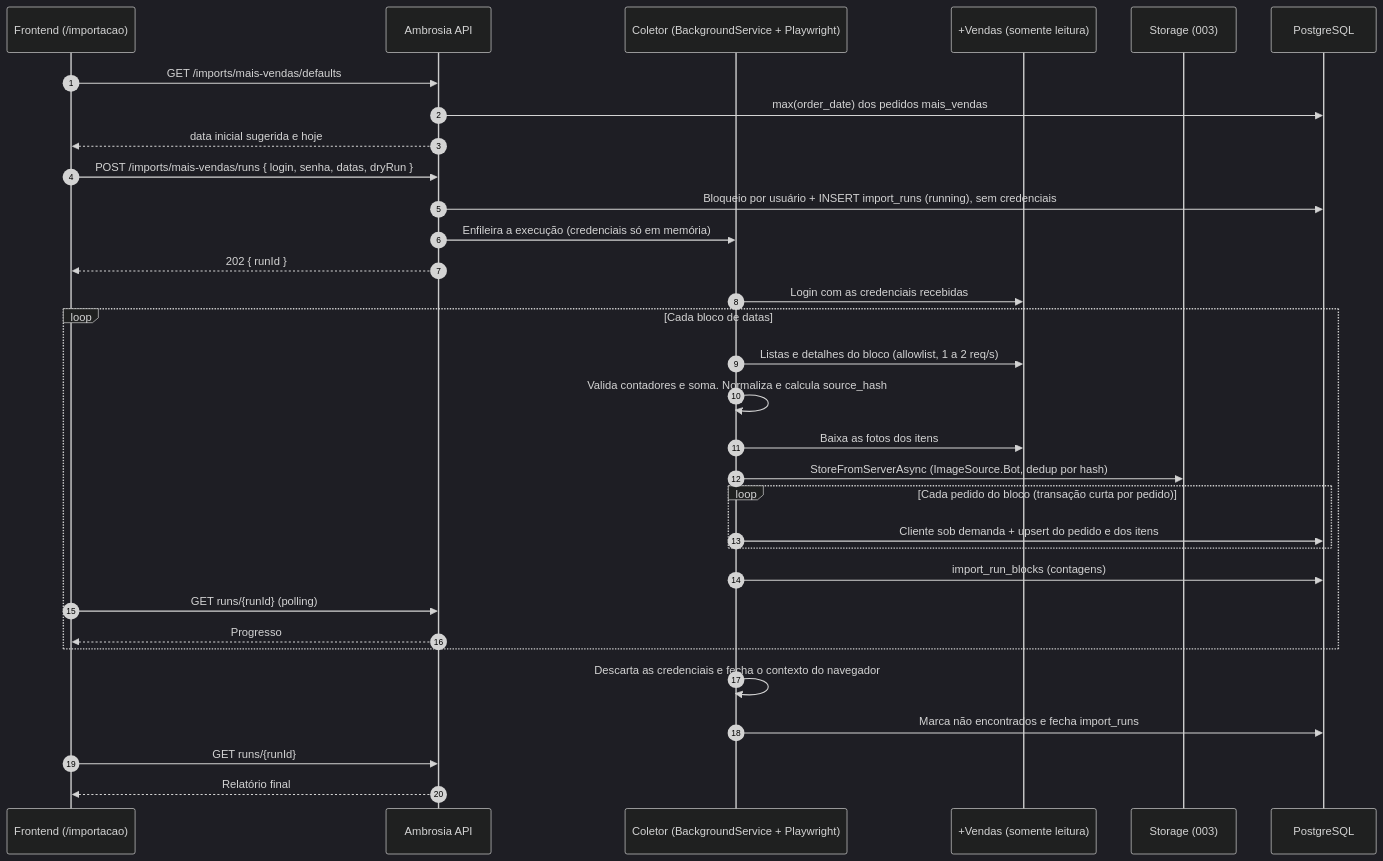
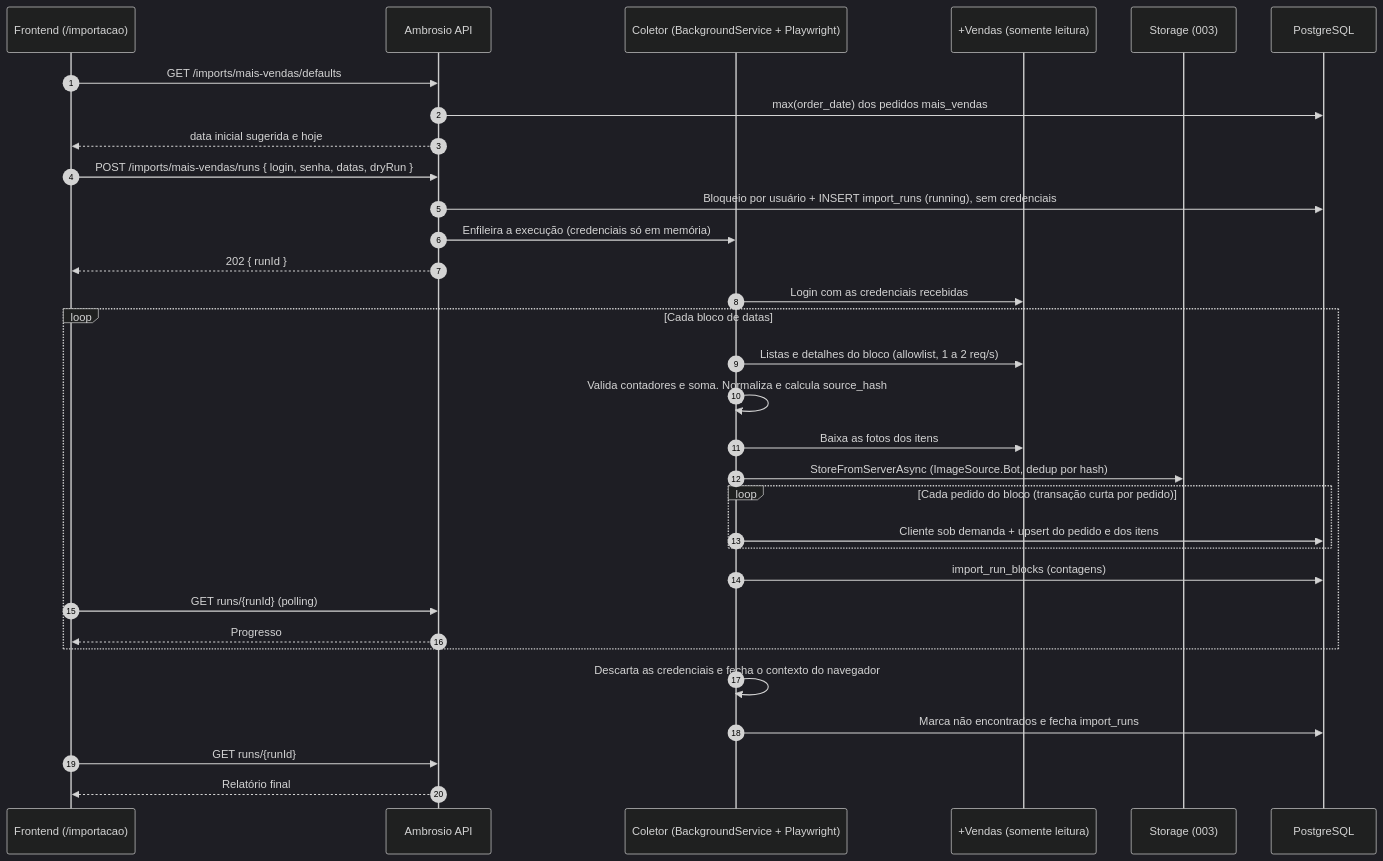
Before and after one commit to landim32/ambrosia: the diagram in docs/historias/004-bot-migracao-mais-vendas.md, drawn with Mermaid (dark theme). The commit also changed other lines of this file and 508 other files, not shown here.

First line of the commit message:
chore: renomeia o projeto de Ambrosia para Ambrosio

````diff
--- a/docs/historias/004-bot-migracao-mais-vendas.md
+++ b/docs/historias/004-bot-migracao-mais-vendas.md
@@ -233,35 +233,35 @@
 ```mermaid
 sequenceDiagram
     autonumber
     participant F as Frontend (/importacao)
-    participant A as Ambrosia API
+    participant A as Ambrosio API
     participant W as Coletor (BackgroundService + Playwright)
     participant MV as +Vendas (somente leitura)
     participant S as Storage (003)
     participant DB as PostgreSQL
 
     F->>A: GET /imports/mais-vendas/defaults
     A->>DB: max(order_date) dos pedidos mais_vendas
     A-->>F: data inicial sugerida e hoje
     F->>A: POST /imports/mais-vendas/runs { login, senha, datas, dryRun }
     A->>DB: Bloqueio por usuário + INSERT import_runs (running), sem credenciais
     A->>W: Enfileira a execução (credenciais só em memória)
     A-->>F: 202 { runId }
     W->>MV: Login com as credenciais recebidas
     loop Cada bloco de datas
         W->>MV: Listas e detalhes do bloco (allowlist, 1 a 2 req/s)
         W->>W: Valida contadores e soma. Normaliza e calcula source_hash
         W->>MV: Baixa as fotos dos itens
         W->>S: StoreFromServerAsync (ImageSource.Bot, dedup por hash)
         loop Cada pedido do bloco (transação curta por pedido)
             W->>DB: Cliente sob demanda + upsert do pedido e dos itens
         end
         W->>DB: import_run_blocks (contagens)
         F->>A: GET runs/{runId} (polling)
         A-->>F: Progresso
     end
     W->>W: Descarta as credenciais e fecha o contexto do navegador
     W->>DB: Marca não encontrados e fecha import_runs
     F->>A: GET runs/{runId}
     A-->>F: Relatório final
 ```
````
